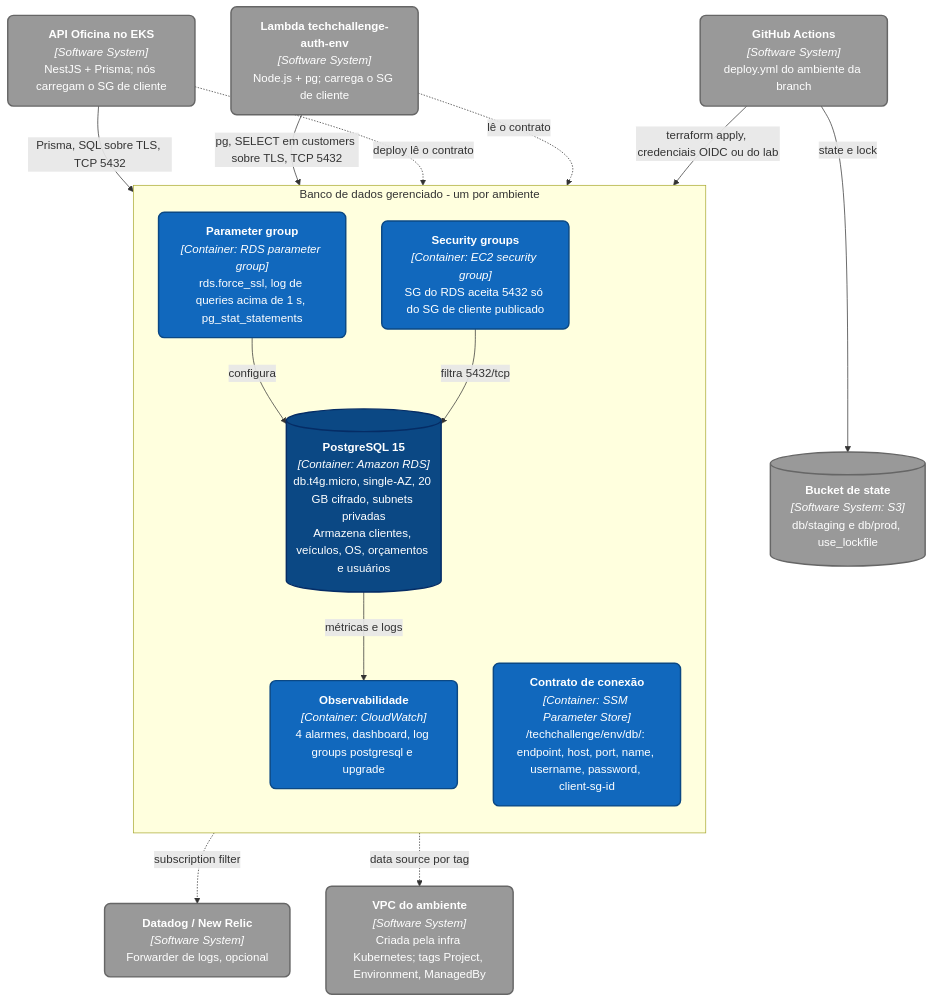
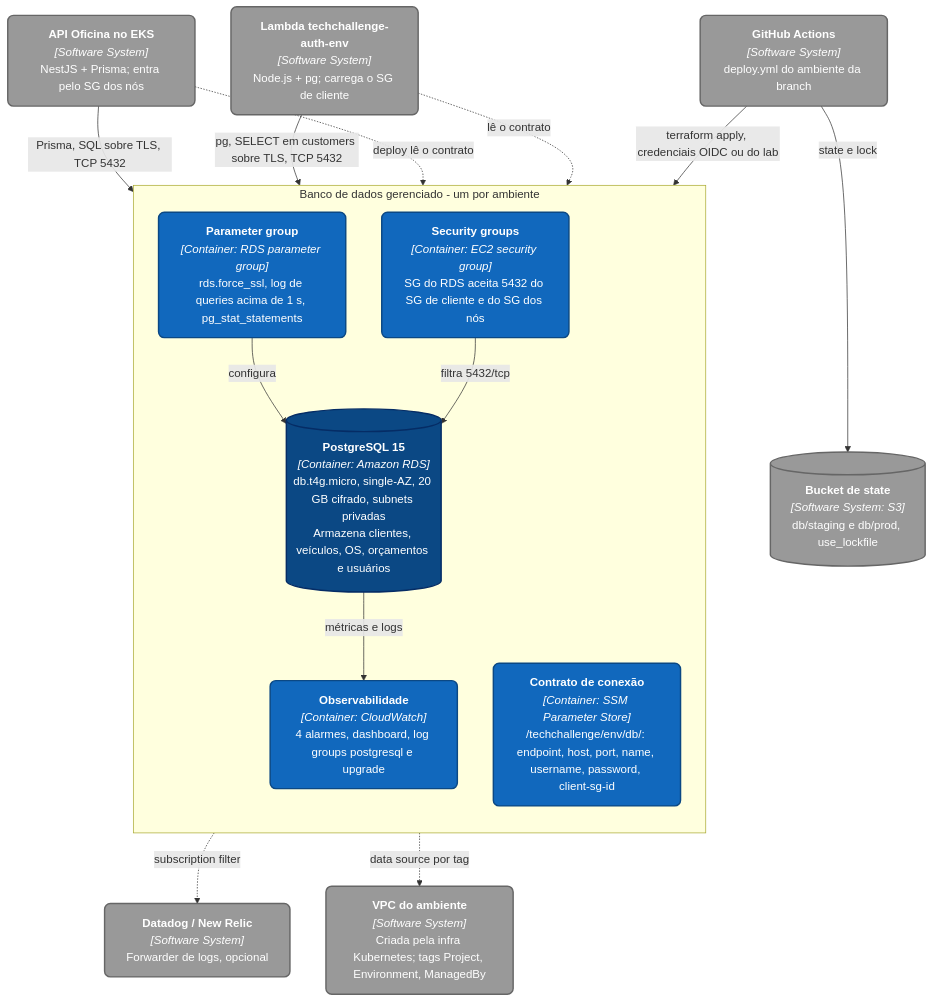
Before and after one commit to DevKaue/tech-challenge-database-infra: the second of 3 diagrams in docs/C4Model/README.md, drawn with Mermaid. The commit also changed other lines of this file and 6 other files, not shown here.

Commit message:
docs: atualiza diagramas e guias para o ingress pelo SG dos nós

````diff
--- a/docs/C4Model/README.md
+++ b/docs/C4Model/README.md
@@ -58,41 +58,41 @@
 ```mermaid
 graph TD
     %% Estilos das Classes (mantendo identidade visual do diagrama de contexto)
     classDef person fill:#084298,stroke:#052c65,stroke-width:2px,color:#ffffff,rx:10px,ry:10px;
     classDef systemBoundary fill:#e7f1ff,stroke:#0b4884,stroke-width:2px,color:#052c65,rx:10px,ry:10px;
     classDef container fill:#1168bd,stroke:#0b4884,stroke-width:2px,color:#ffffff,rx:8px,ry:8px;
     classDef database fill:#0b4884,stroke:#052c65,stroke-width:2px,color:#ffffff,rx:8px,ry:8px;
     classDef extSystem fill:#999999,stroke:#666666,stroke-width:2px,color:#ffffff,rx:8px,ry:8px;
 
     %% Sistemas externos
     GHA["<b>GitHub Actions</b><br/><i>[Software System]</i><br/>deploy.yml do ambiente da branch"]:::extSystem
     S3[("<b>Bucket de state</b><br/><i>[Software System: S3]</i><br/>db/staging e db/prod, use_lockfile")]:::extSystem
     VPC["<b>VPC do ambiente</b><br/><i>[Software System]</i><br/>Criada pela infra Kubernetes; tags Project, Environment, ManagedBy"]:::extSystem
-    APP["<b>API Oficina no EKS</b><br/><i>[Software System]</i><br/>NestJS + Prisma; nós carregam o SG de cliente"]:::extSystem
+    APP["<b>API Oficina no EKS</b><br/><i>[Software System]</i><br/>NestJS + Prisma; entra pelo SG dos nós"]:::extSystem
     FN["<b>Lambda techchallenge-auth-env</b><br/><i>[Software System]</i><br/>Node.js + pg; carrega o SG de cliente"]:::extSystem
     OBS["<b>Datadog / New Relic</b><br/><i>[Software System]</i><br/>Forwarder de logs, opcional"]:::extSystem
 
     %% Fronteira do Sistema
     subgraph SB["Banco de dados gerenciado - um por ambiente"]
         direction TB
         DB[("<b>PostgreSQL 15</b><br/><i>[Container: Amazon RDS]</i><br/>db.t4g.micro, single-AZ, 20 GB cifrado, subnets privadas<br/>Armazena clientes, veículos, OS, orçamentos e usuários")]:::database
         PG["<b>Parameter group</b><br/><i>[Container: RDS parameter group]</i><br/>rds.force_ssl, log de queries acima de 1 s, pg_stat_statements"]:::container
-        SG["<b>Security groups</b><br/><i>[Container: EC2 security group]</i><br/>SG do RDS aceita 5432 só do SG de cliente publicado"]:::container
+        SG["<b>Security groups</b><br/><i>[Container: EC2 security group]</i><br/>SG do RDS aceita 5432 do SG de cliente e do SG dos nós"]:::container
         SSM["<b>Contrato de conexão</b><br/><i>[Container: SSM Parameter Store]</i><br/>/techchallenge/env/db/: endpoint, host, port, name, username, password, client-sg-id"]:::container
         CW["<b>Observabilidade</b><br/><i>[Container: CloudWatch]</i><br/>4 alarmes, dashboard, log groups postgresql e upgrade"]:::container
     end
     class SB systemBoundary
 
     %% Relacionamentos
     GHA -->|"terraform apply, credenciais OIDC ou do lab"| SB
     GHA -->|"state e lock"| S3
     SB -.->|"data source por tag"| VPC
     PG -->|"configura"| DB
     SG -->|"filtra 5432/tcp"| DB
     APP -->|"Prisma, SQL sobre TLS, TCP 5432"| DB
     FN -->|"pg, SELECT em customers sobre TLS, TCP 5432"| DB
     APP -.->|"deploy lê o contrato"| SSM
     FN -.->|"lê o contrato"| SSM
     DB -->|"métricas e logs"| CW
     CW -.->|"subscription filter"| OBS
 ```
````
